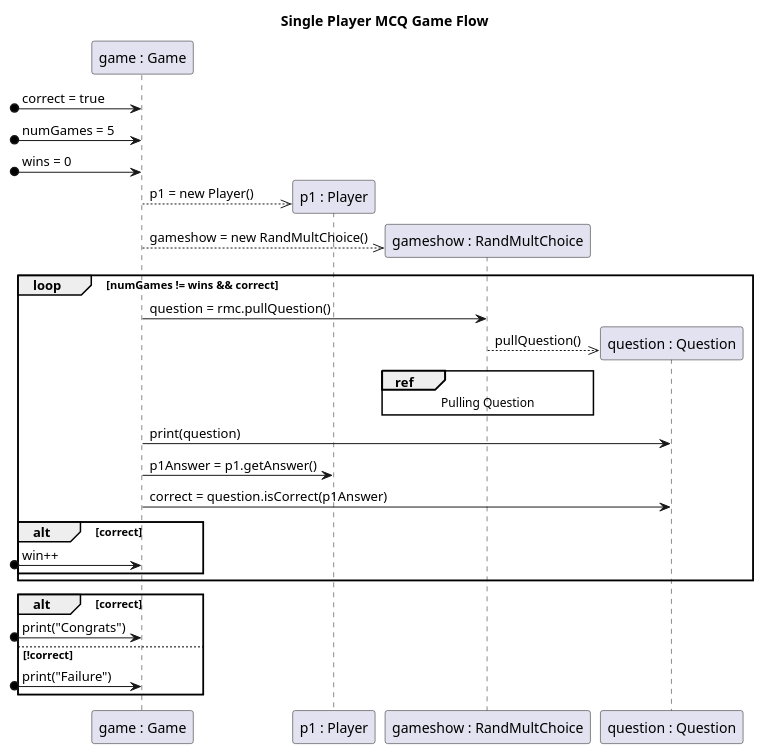
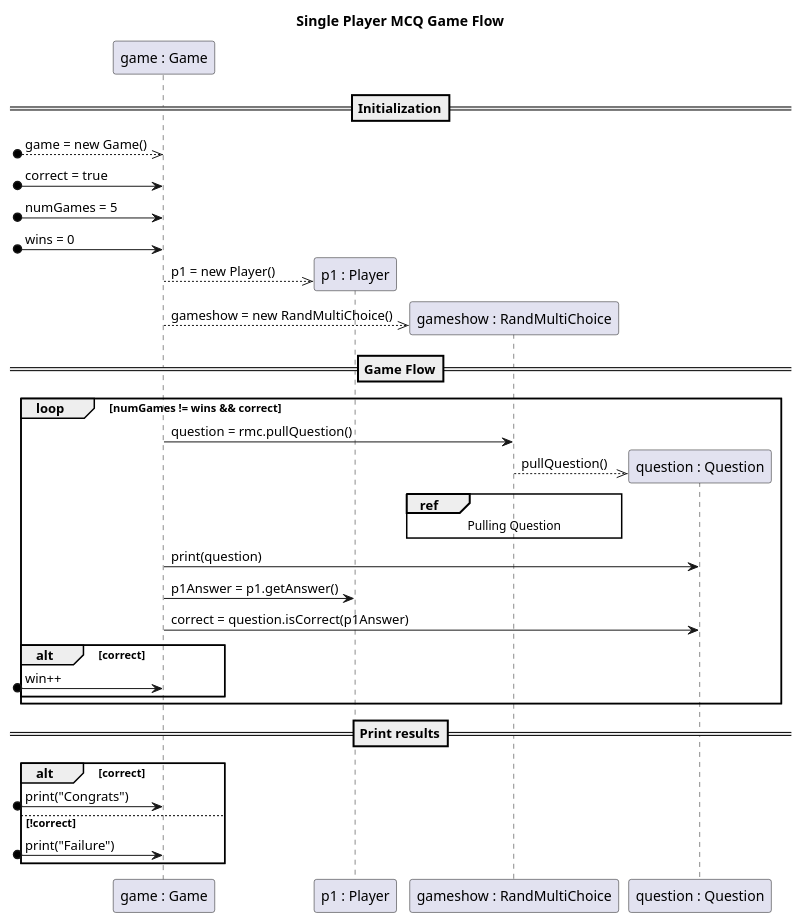
The second of 4 diagrams in doc/design.md (aczar09/Trivia-Game-Android), drawn with PlantUML before and after one commit. The commit also changed other lines of this file, not shown here.

Commit message:
Changes to existing sequence diagrams

````diff
--- a/doc/design.md
+++ b/doc/design.md
@@ -47,35 +47,39 @@
 ```plantuml
 @startuml
 title:Single Player MCQ Game Flow
+
 participant "game : Game" as g
 participant "p1 : Player" as p1
-participant "gameshow : RandMultChoice" as rmc
+participant "gameshow : RandMultiChoice" as rmc
 participant "question : Question" as q
+==Initialization==
+[o-->> g **: game = new Game()
 [o-> g: correct = true
 [o-> g: numGames = 5
 [o-> g: wins = 0
 g -->> p1 **: p1 = new Player()
-g -->> rmc **: gameshow = new RandMultChoice()
+g -->> rmc **: gameshow = new RandMultiChoice()
+==Game Flow==
 loop numGames != wins && correct
 g -> rmc : question = rmc.pullQuestion()
 rmc -->> q **: pullQuestion()
 ref over rmc
 Pulling Question
 end ref
 g -> q: print(question)
 g -> p1 : p1Answer = p1.getAnswer()
 g -> q: correct = question.isCorrect(p1Answer)
 alt correct
 [o-> g : win++
 end
 end
-
+==Print results==
 alt correct
 [o-> g : print("Congrats")
 else !correct
 [o-> g : print("Failure")
 end
 
 @enduml
 
 ```
````
